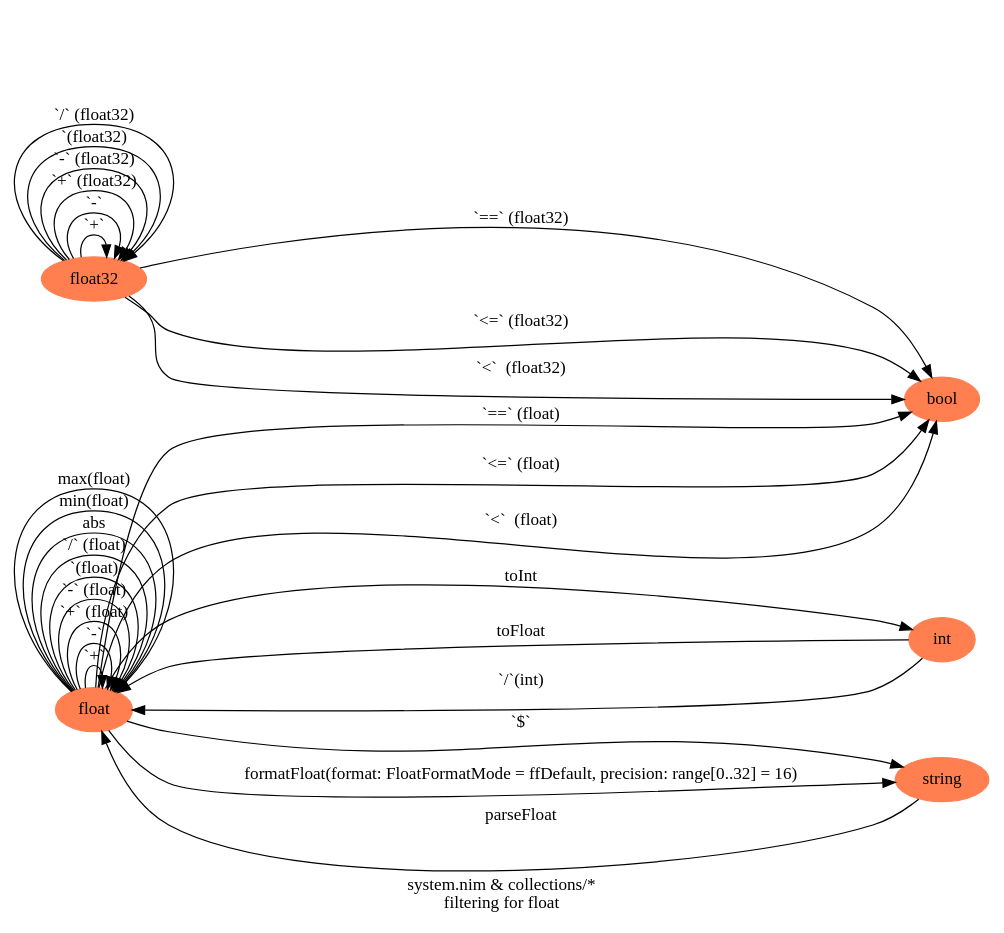
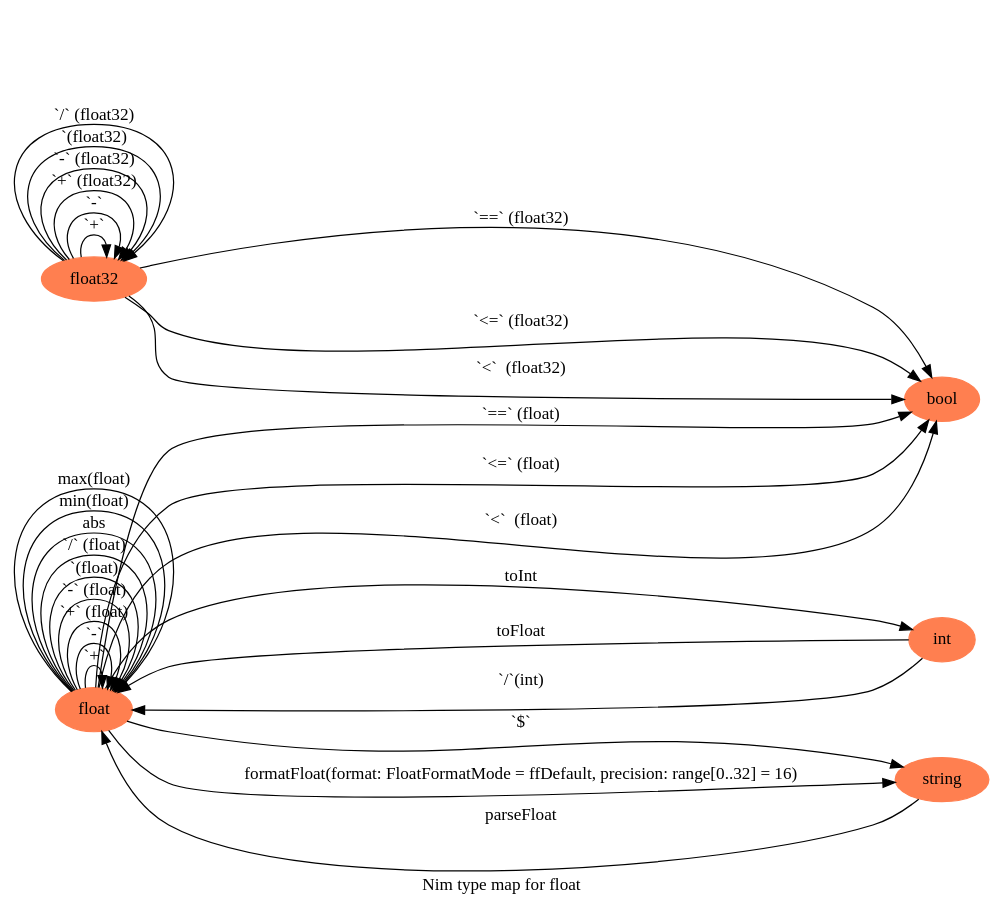
Before and after one commit to petermora/nimDot: the diagram in output/float.dot, drawn with Graphviz. The commit also changed 31 other files, not shown here.

```diff
--- a/output/float.dot
+++ b/output/float.dot
@@ -1,39 +1,38 @@
 digraph {
 graph [
-label = "system.nim & collections/*
-filtering for float";
+label = "Nim type map for float";
 rankdir=LR;
 ];
 node[color=coral, style=filled, label="float32" ] N0;
 N0 -> N0 [color="", label="`+` " ];
 N0 -> N0 [color="", label="`-` " ];
 N0 -> N0 [color="", label="`+` (float32)" ];
 N0 -> N0 [color="", label="`-` (float32)" ];
 N0 -> N0 [color="", label="`(float32)" ];
 N0 -> N0 [color="", label="`/` (float32)" ];
 node[color=coral, style=filled, label="float" ] N1;
 N1 -> N1 [color="", label="`+` " ];
 N1 -> N1 [color="", label="`-` " ];
 N1 -> N1 [color="", label="`+` (float)" ];
 N1 -> N1 [color="", label="`-` (float)" ];
 N1 -> N1 [color="", label="`(float)" ];
 N1 -> N1 [color="", label="`/` (float)" ];
 node[color=coral, style=filled, label="bool" ] N2;
 N0 -> N2 [color="", label="`==` (float32)" ];
 N0 -> N2 [color="", label="`<=` (float32)" ];
 N0 -> N2 [color="", label="`<`  (float32)" ];
 N1 -> N2 [color="", label="`==` (float)" ];
 N1 -> N2 [color="", label="`<=` (float)" ];
 N1 -> N2 [color="", label="`<`  (float)" ];
 node[color=coral, style=filled, label="int" ] N3;
 N3 -> N1 [color="", label="toFloat" ];
 N1 -> N3 [color="", label="toInt" ];
 node[color=coral, style=filled, label="string" ] N4;
 N1 -> N4 [color="", label="`$` " ];
 N1 -> N1 [color="", label="abs" ];
 N1 -> N1 [color="", label="min(float)" ];
 N1 -> N1 [color="", label="max(float)" ];
 N3 -> N1 [color="", label="`/`(int)" ];
 N4 -> N1 [color="", label="parseFloat" ];
 N1 -> N4 [color="", label="formatFloat(format: FloatFormatMode = ffDefault, precision: range[0..32] = 16)" ];
 }
```
